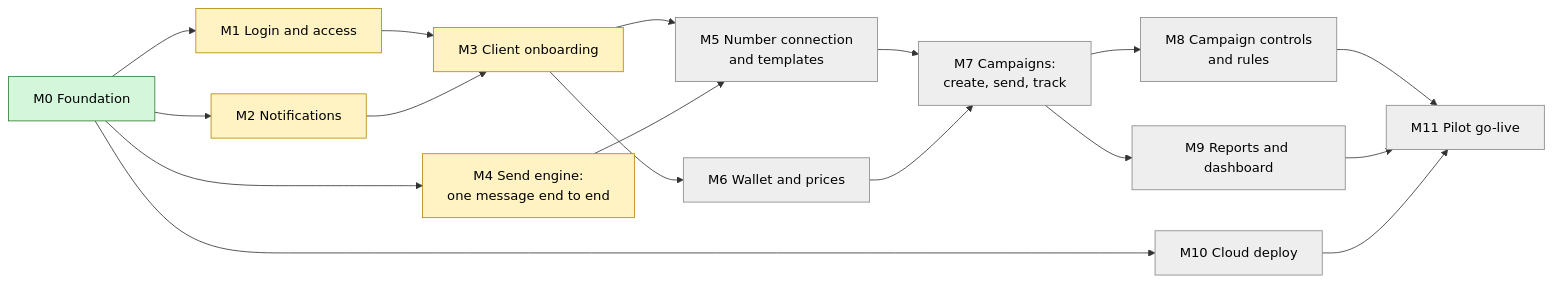
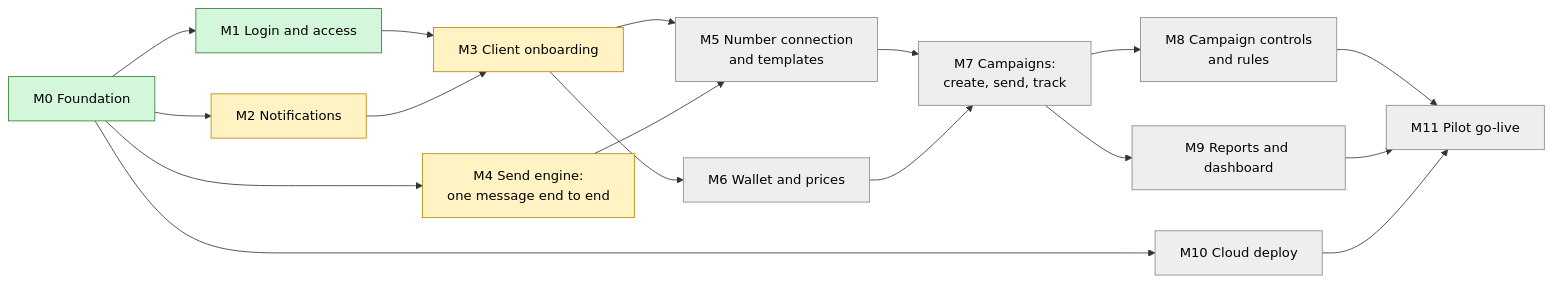
The diagram in docs/project-tracker.md (reaplift/reaplift-bsp), drawn with Mermaid before and after one commit. The commit also changed other lines of this file and 2 other files, not shown here.

Commit message:
docs: M1 is Done, released to main in PR #15

````diff
--- a/docs/project-tracker.md
+++ b/docs/project-tracker.md
@@ -19,36 +19,36 @@
 ```mermaid
 flowchart LR
   M0["M0 Foundation"]:::done
-  M1["M1 Login and access"]:::wip
+  M1["M1 Login and access"]:::done
   M2["M2 Notifications"]:::wip
   M3["M3 Client onboarding"]:::wip
   M4["M4 Send engine:<br/>one message end to end"]:::wip
   M5["M5 Number connection<br/>and templates"]:::todo
   M6["M6 Wallet and prices"]:::todo
   M7["M7 Campaigns:<br/>create, send, track"]:::todo
   M8["M8 Campaign controls<br/>and rules"]:::todo
   M9["M9 Reports and dashboard"]:::todo
   M10["M10 Cloud deploy"]:::todo
   M11["M11 Pilot go-live"]:::todo
 
   M0 --> M1
   M0 --> M2
   M0 --> M4
   M0 --> M10
   M1 --> M3
   M2 --> M3
   M3 --> M5
   M4 --> M5
   M3 --> M6
   M5 --> M7
   M6 --> M7
   M7 --> M8
   M7 --> M9
   M8 --> M11
   M9 --> M11
   M10 --> M11
 
   classDef done fill:#d4f7dc,stroke:#2e7d32,color:#000
   classDef wip fill:#fff3c4,stroke:#b58900,color:#000
   classDef todo fill:#eeeeee,stroke:#888,color:#000
 ```
````
